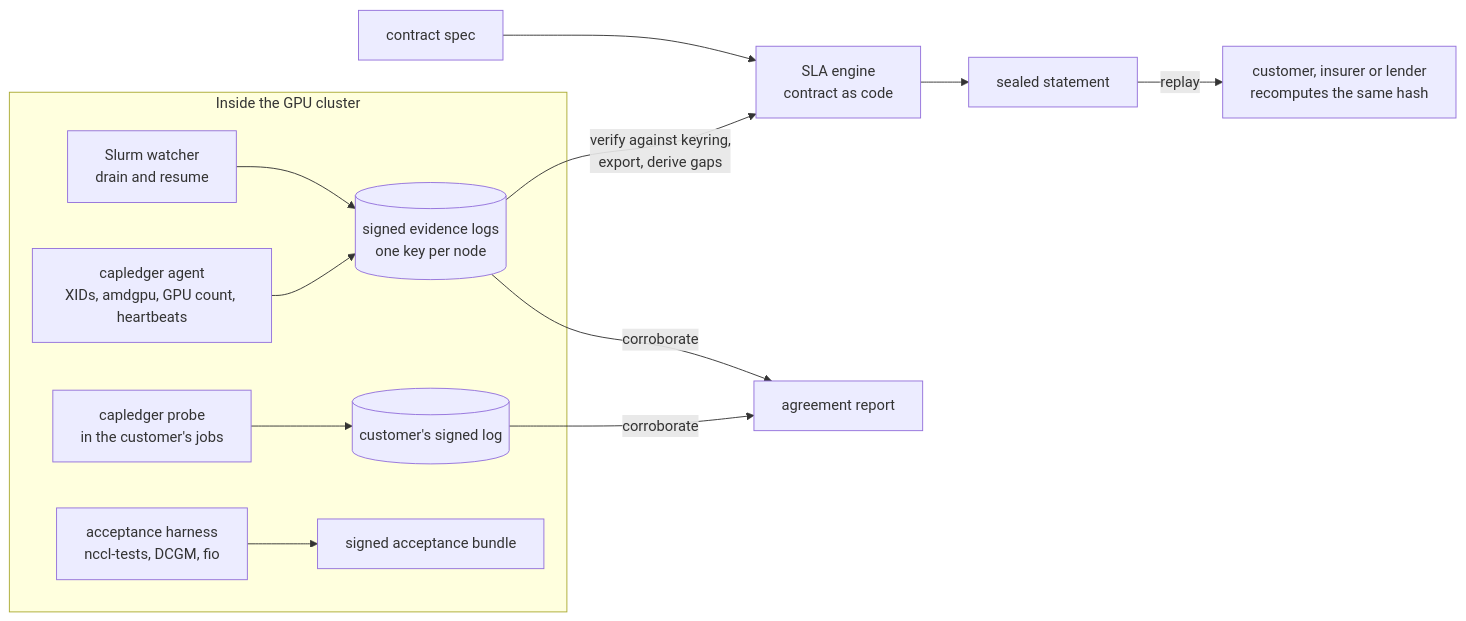
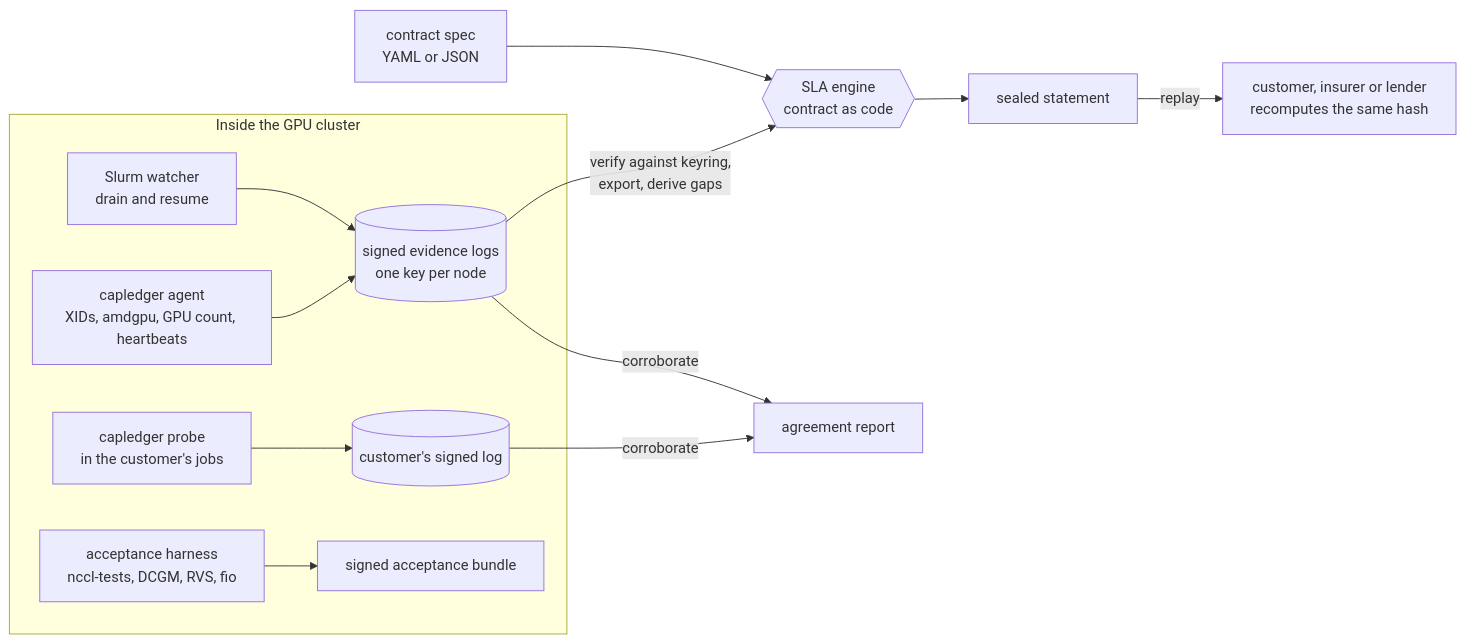
The first of 6 diagrams in README.md (Sievehouse/gpu-sentinel), drawn with Mermaid before and after one commit. The commit also changed other lines of this file and 11 other files, not shown here.

Commit message:
Redesign the README with diagrams and charts

````diff
--- a/README.md
+++ b/README.md
@@ -140,15 +47,15 @@
 ```mermaid
 flowchart LR
-  subgraph cluster[Inside the GPU cluster]
-    A[capledger agent<br/>XIDs, amdgpu, GPU count, heartbeats] --> L[(signed evidence logs<br/>one key per node)]
-    W[Slurm watcher<br/>drain and resume] --> L
-    P[capledger probe<br/>in the customer's jobs] --> T[(customer's signed log)]
-    H[acceptance harness<br/>nccl-tests, DCGM, fio] --> B[signed acceptance bundle]
+  subgraph cluster["Inside the GPU cluster"]
+    A["capledger agent<br/>XIDs, amdgpu, GPU count, heartbeats"] --> L[("signed evidence logs<br/>one key per node")]
+    W["Slurm watcher<br/>drain and resume"] --> L
+    P["capledger probe<br/>in the customer's jobs"] --> T[("customer's signed log")]
+    H["acceptance harness<br/>nccl-tests, DCGM, RVS, fio"] --> B["signed acceptance bundle"]
   end
-  L -->|verify against keyring,<br/>export, derive gaps| E[SLA engine<br/>contract as code]
-  C[contract spec] --> E
-  E --> S[sealed statement]
-  S -->|replay| V[customer, insurer or lender<br/>recomputes the same hash]
-  T -->|corroborate| R[agreement report]
+  L -->|"verify against keyring,<br/>export, derive gaps"| E{{"SLA engine<br/>contract as code"}}
+  C["contract spec<br/>YAML or JSON"] --> E
+  E --> S["sealed statement"]
+  S -->|replay| V["customer, insurer or lender<br/>recomputes the same hash"]
+  T -->|corroborate| R["agreement report"]
   L -->|corroborate| R
 ```
````
